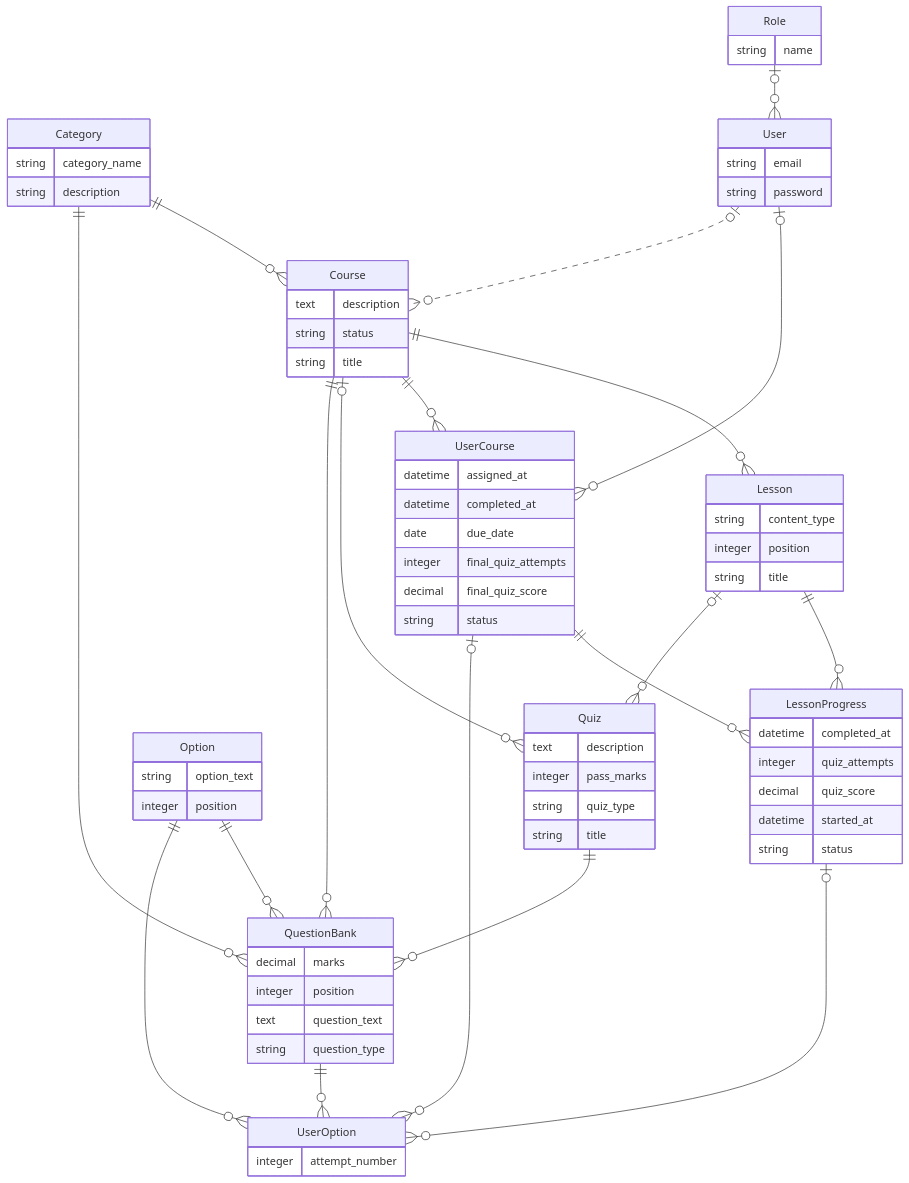
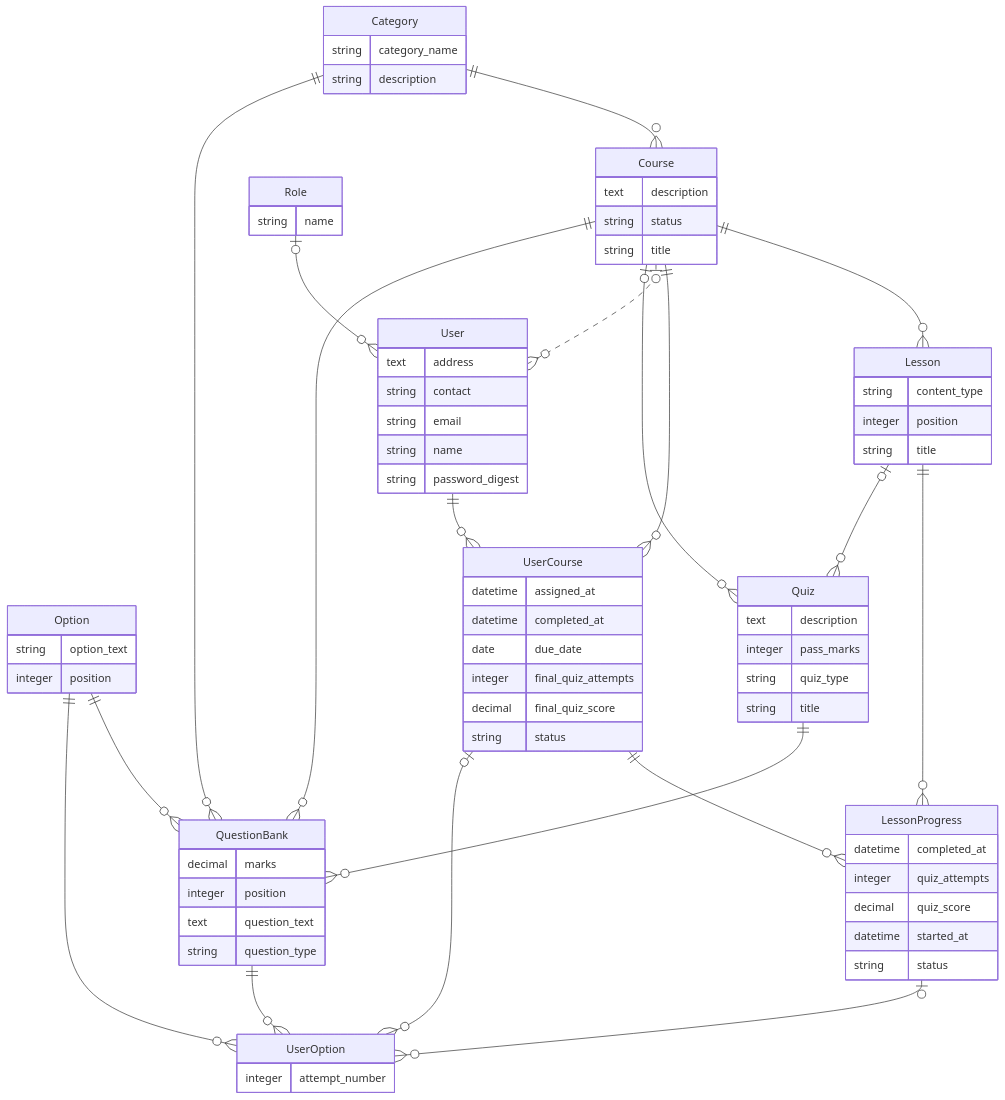
The diagram in erd.mmd (aayushisCode/Learning-Management-System---Ruby-On-Rails), drawn with Mermaid before and after one commit. The commit also changed 5 other files, not shown here.

```diff
--- a/erd.mmd
+++ b/erd.mmd
@@ -1,75 +1,78 @@
 erDiagram
 	direction TB
 	Category {
 		string category_name
 		string description
 	}
 	Course {
 		text description
 		string status
 		string title
 	}
 	Lesson {
 		string content_type
 		integer position
 		string title
 	}
 	LessonProgress {
 		datetime completed_at
 		integer quiz_attempts
 		decimal quiz_score
 		datetime started_at
 		string status
 	}
 	Option {
 		string option_text
 		integer position
 	}
 	QuestionBank {
 		decimal marks
 		integer position
 		text question_text
 		string question_type
 	}
 	Quiz {
 		text description
 		integer pass_marks
 		string quiz_type
 		string title
 	}
 	Role {
 		string name
 	}
 	User {
+		text address
+		string contact
 		string email
-		string password
+		string name
+		string password_digest
 	}
 	UserCourse {
 		datetime assigned_at
 		datetime completed_at
 		date due_date
 		integer final_quiz_attempts
 		decimal final_quiz_score
 		string status
 	}
 	UserOption {
 		integer attempt_number
 	}
 	Category ||--}o Course : ""
 	Category ||--}o QuestionBank : ""
 	Course ||--}o Lesson : ""
 	Course ||--}o UserCourse : ""
+	Course o|..}o User : ""
 	Course o|--}o Quiz : ""
-	Course ||--}o QuestionBank : ""
 	Lesson ||--}o LessonProgress : ""
 	Lesson o|--}o Quiz : ""
 	UserCourse ||--}o LessonProgress : ""
 	LessonProgress o|--}o UserOption : ""
 	Option ||--}o QuestionBank : ""
 	Option ||--}o UserOption : ""
+	Course ||--}o QuestionBank : ""
 	Quiz ||--}o QuestionBank : ""
 	QuestionBank ||--}o UserOption : ""
 	Role o|--}o User : ""
-	User o|--}o UserCourse : ""
-	User o|..}o Course : ""
+	User ||--}o UserCourse : ""
 	UserCourse o|--}o UserOption : ""
```
